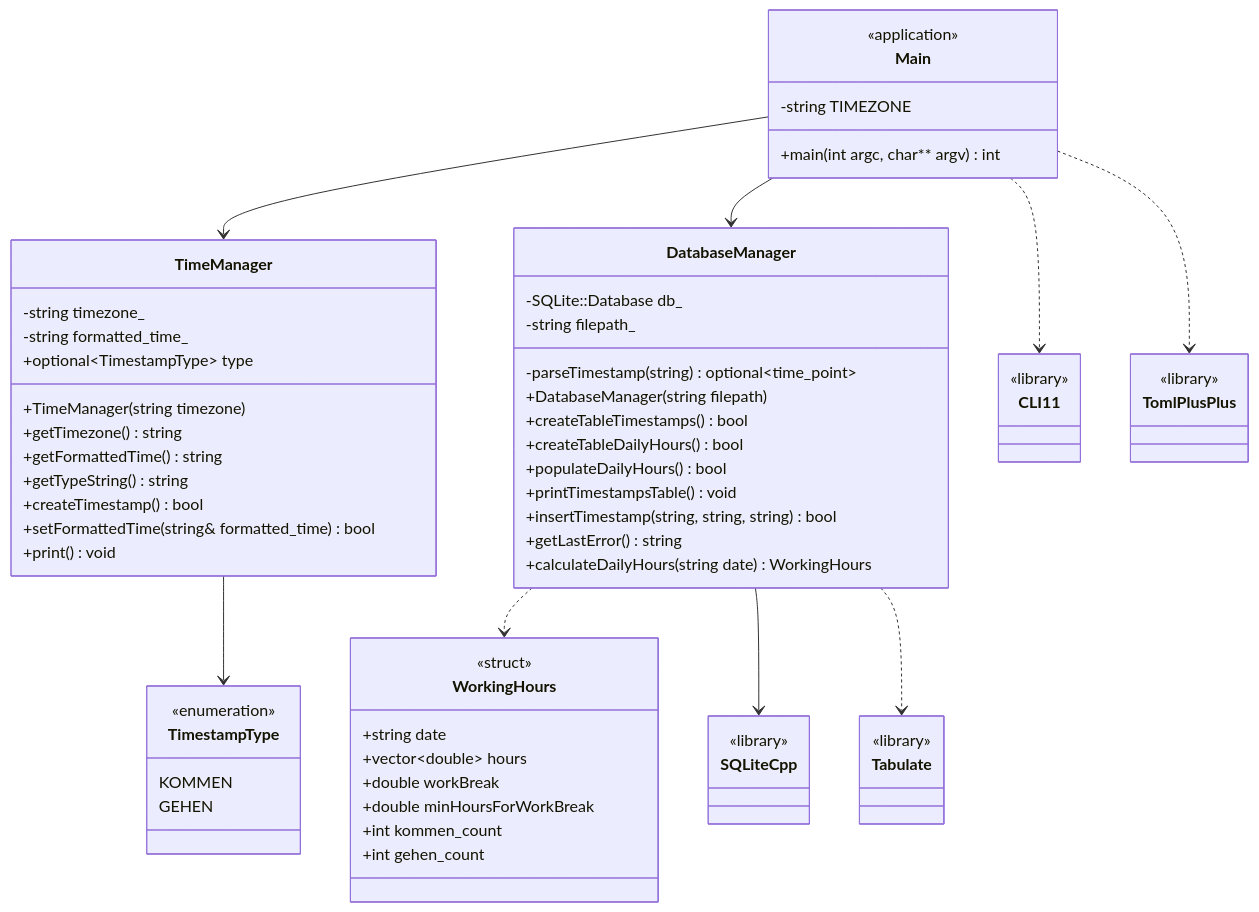
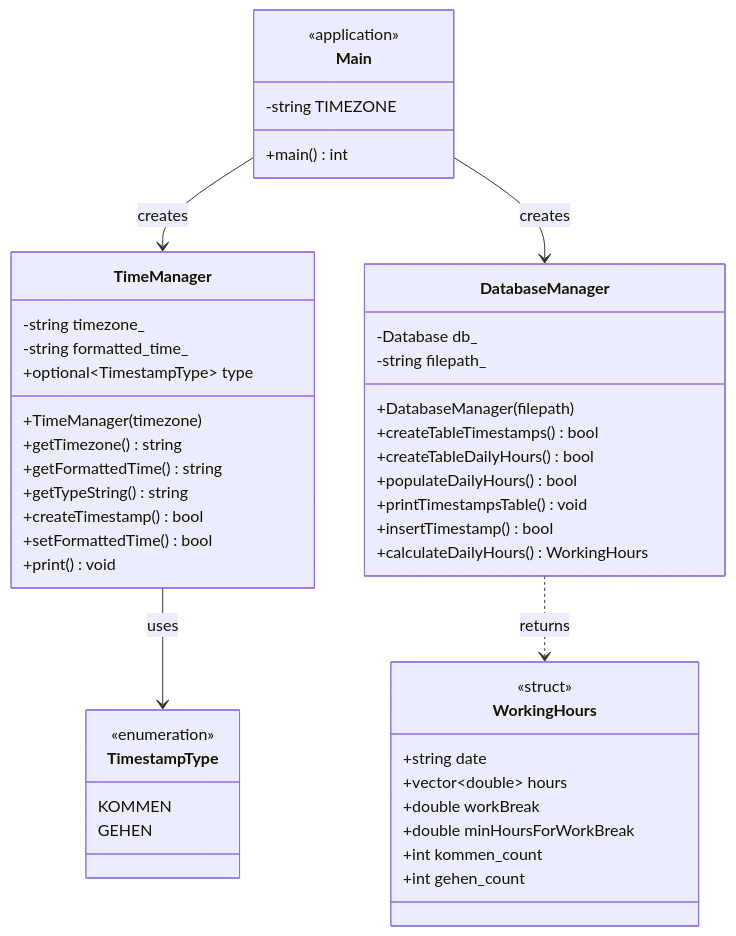
Before and after one commit to JvandeLocht/TimeTagger: the diagram in README.md, drawn with Mermaid.

Commit message:
Simplified class diagramm

````diff
--- a/README.md
+++ b/README.md
@@ -5,7 +5,6 @@
 classDiagram
     direction TB
     
-    %% Data Types
     class TimestampType {
         <<enumeration>>
         KOMMEN
@@ -22,66 +21,39 @@
         +int gehen_count
     }
 
-    %% Core Components
     class TimeManager {
         -string timezone_
         -string formatted_time_
         +optional~TimestampType~ type
-        +TimeManager(string timezone)
+        +TimeManager(timezone)
         +getTimezone() string
         +getFormattedTime() string
         +getTypeString() string
         +createTimestamp() bool
-        +setFormattedTime(string& formatted_time) bool
+        +setFormattedTime() bool
         +print() void
     }
 
     class DatabaseManager {
-        -SQLite::Database db_
+        -Database db_
         -string filepath_
-        -parseTimestamp(string) optional~time_point~
-        +DatabaseManager(string filepath)
+        +DatabaseManager(filepath)
         +createTableTimestamps() bool
         +createTableDailyHours() bool
         +populateDailyHours() bool
         +printTimestampsTable() void
-        +insertTimestamp(string, string, string) bool
-        +getLastError() string
-        +calculateDailyHours(string date) WorkingHours
+        +insertTimestamp() bool
+        +calculateDailyHours() WorkingHours
     }
 
     class Main {
         <<application>>
-        +main(int argc, char** argv) int
         -string TIMEZONE
+        +main() int
     }
 
-    %% External Libraries
-    class SQLiteCpp {
-        <<library>>
-    }
-
-    class CLI11 {
-        <<library>>
-    }
-
-    class Tabulate {
-        <<library>>
-    }
-
-    class TomlPlusPlus {
-        <<library>>
-    }
-
-    %% Relationships - organized to minimize crossings
-    Main --> TimeManager
-    Main --> DatabaseManager
-    Main ..> CLI11
-    Main ..> TomlPlusPlus
-    
-    TimeManager --> TimestampType
-    
-    DatabaseManager ..> WorkingHours
-    DatabaseManager --> SQLiteCpp
-    DatabaseManager ..> Tabulate
+    Main --> TimeManager : creates
+    Main --> DatabaseManager : creates
+    TimeManager --> TimestampType : uses
+    DatabaseManager ..> WorkingHours : returns
 ```
````
